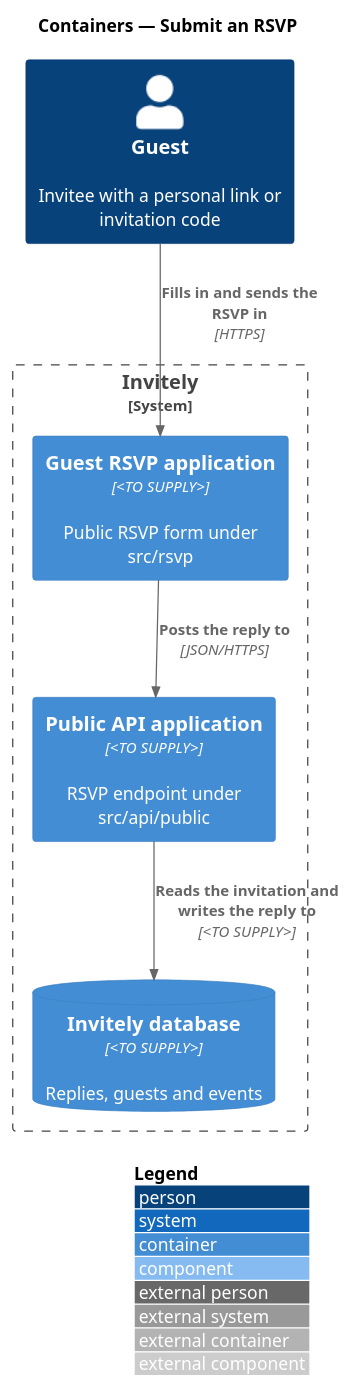
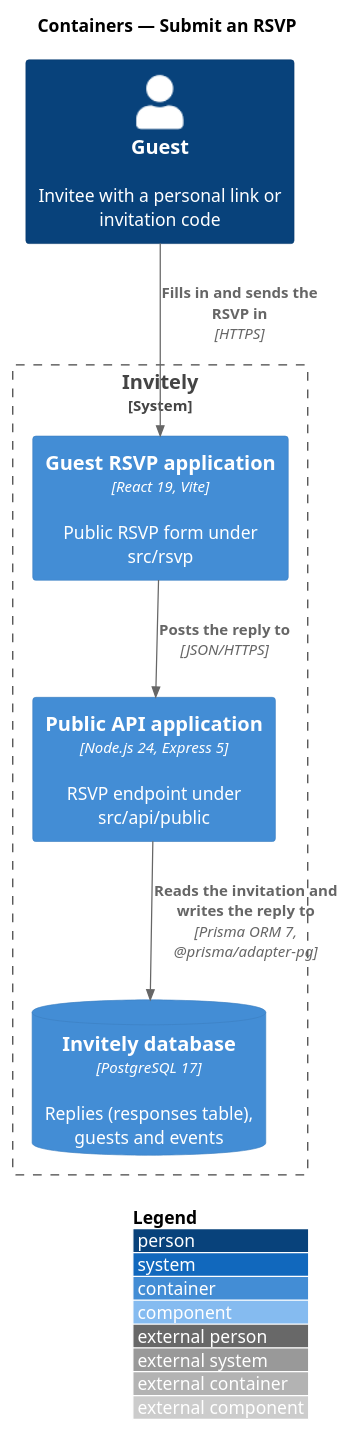
Before and after one commit to QuinntyneBrown/rsvp-cms: the diagram in docs/detailed-designs/rsvp/submit-rsvp/diagrams/c4-container.puml, drawn with PlantUML. The commit also changed 45 other files, not shown here.

Commit message:
Add design-system component pages and tokens.json, fill in technologies in design diagrams

```diff
--- a/docs/detailed-designs/rsvp/submit-rsvp/diagrams/c4-container.puml
+++ b/docs/detailed-designs/rsvp/submit-rsvp/diagrams/c4-container.puml
@@ -1,15 +1,15 @@
 @startuml
 !include <C4/C4_Component>
 LAYOUT_WITH_LEGEND()
 title Containers — Submit an RSVP
 
 Person(guest, "Guest", "Invitee with a personal link or invitation code")
 System_Boundary(invitely, "Invitely") {
-  Container(rsvp, "Guest RSVP application", "<TO SUPPLY>", "Public RSVP form under src/rsvp")
-  Container(publicApi, "Public API application", "<TO SUPPLY>", "RSVP endpoint under src/api/public")
-  ContainerDb(db, "Invitely database", "<TO SUPPLY>", "Replies, guests and events")
+  Container(rsvp, "Guest RSVP application", "React 19, Vite", "Public RSVP form under src/rsvp")
+  Container(publicApi, "Public API application", "Node.js 24, Express 5", "RSVP endpoint under src/api/public")
+  ContainerDb(db, "Invitely database", "PostgreSQL 17", "Replies (responses table), guests and events")
 }
 Rel(guest, rsvp, "Fills in and sends the RSVP in", "HTTPS")
 Rel(rsvp, publicApi, "Posts the reply to", "JSON/HTTPS")
-Rel(publicApi, db, "Reads the invitation and writes the reply to", "<TO SUPPLY>")
+Rel(publicApi, db, "Reads the invitation and writes the reply to", "Prisma ORM 7, @prisma/adapter-pg")
 @enduml
```
